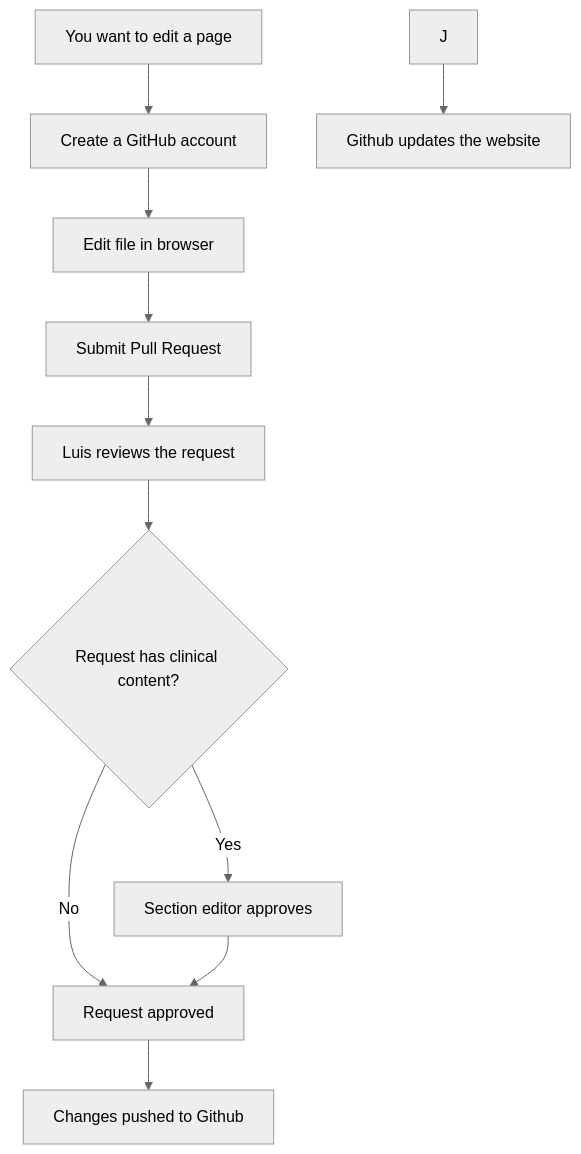
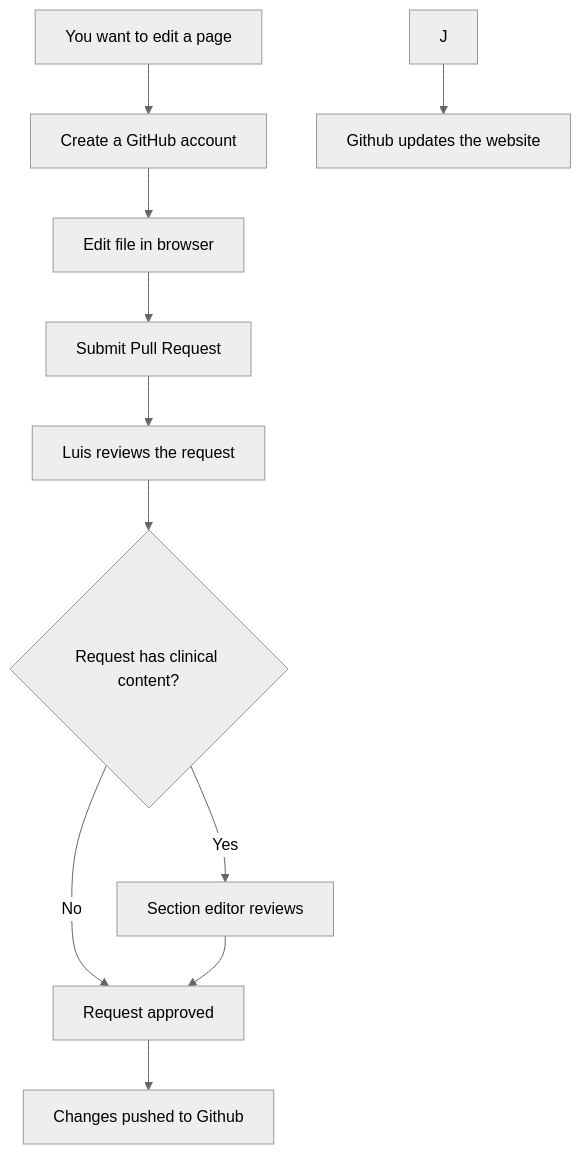
Before and after one commit to ufneurology/handbook: the diagram in README.md, drawn with Mermaid (neutral theme). The commit also changed other lines of this file, not shown here.

````diff
--- a/README.md
+++ b/README.md
@@ -59,13 +59,13 @@
 ```mermaid
 flowchart TD
     A[You want to edit a page] --> B[Create a GitHub account]
     B --> C[Edit file in browser]
     C --> D[Submit Pull Request]
     D --> E[Luis reviews the request]
     E --> F{Request has clinical content?}
-    F -->|Yes| G[Section editor approves]
+    F -->|Yes| G[Section editor reviews]
     F -->|No| H[Request approved]
     G --> H
     H --> I[Changes pushed to Github]
     J --> K[Github updates the website]
 ```
````
